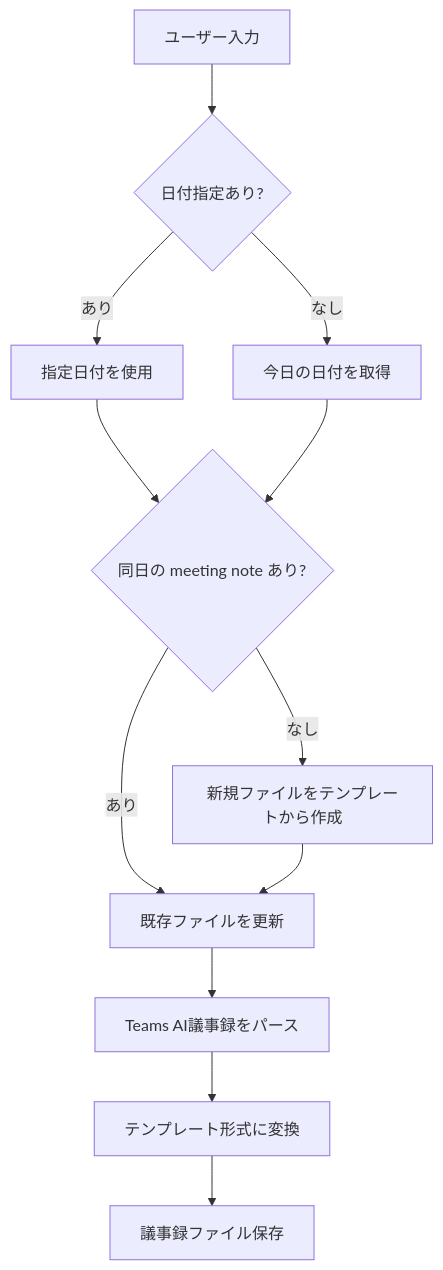
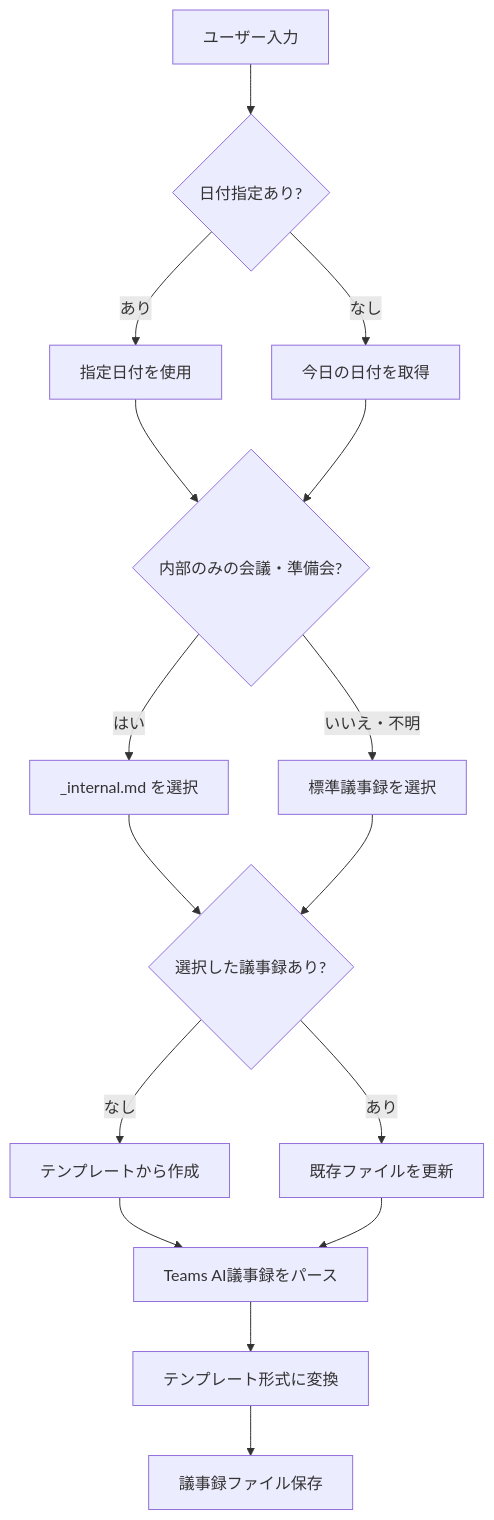
Before and after one commit to aktsmm/Agent-Skills: the diagram in customer-workspace/assets/convert-meeting-minutes.prompt.md, drawn with Mermaid. The commit also changed other lines of this file and 2 other files, not shown here.

````diff
--- a/customer-workspace/assets/convert-meeting-minutes.prompt.md
+++ b/customer-workspace/assets/convert-meeting-minutes.prompt.md
@@ -16,14 +16,18 @@
 ```mermaid
 graph TD
     A[ユーザー入力] --> B{日付指定あり?}
     B -->|あり| C[指定日付を使用]
     B -->|なし| D[今日の日付を取得]
-    C --> E{同日の meeting note あり?}
+  C --> E{内部のみの会議・準備会?}
     D --> E
-    E -->|なし| F[新規ファイルをテンプレートから作成]
-    E -->|あり| G[既存ファイルを更新]
-    F --> G
-    G --> H[Teams AI議事録をパース]
-    H --> I[テンプレート形式に変換]
-    I --> J[議事録ファイル保存]
+  E -->|はい| F[_internal.md を選択]
+  E -->|いいえ・不明| G[標準議事録を選択]
+  F --> H{選択した議事録あり?}
+  G --> H
+  H -->|なし| I[テンプレートから作成]
+  H -->|あり| J[既存ファイルを更新]
+  I --> K[Teams AI議事録をパース]
+  J --> K
+  K --> L[テンプレート形式に変換]
+  L --> M[議事録ファイル保存]
 ```
````
